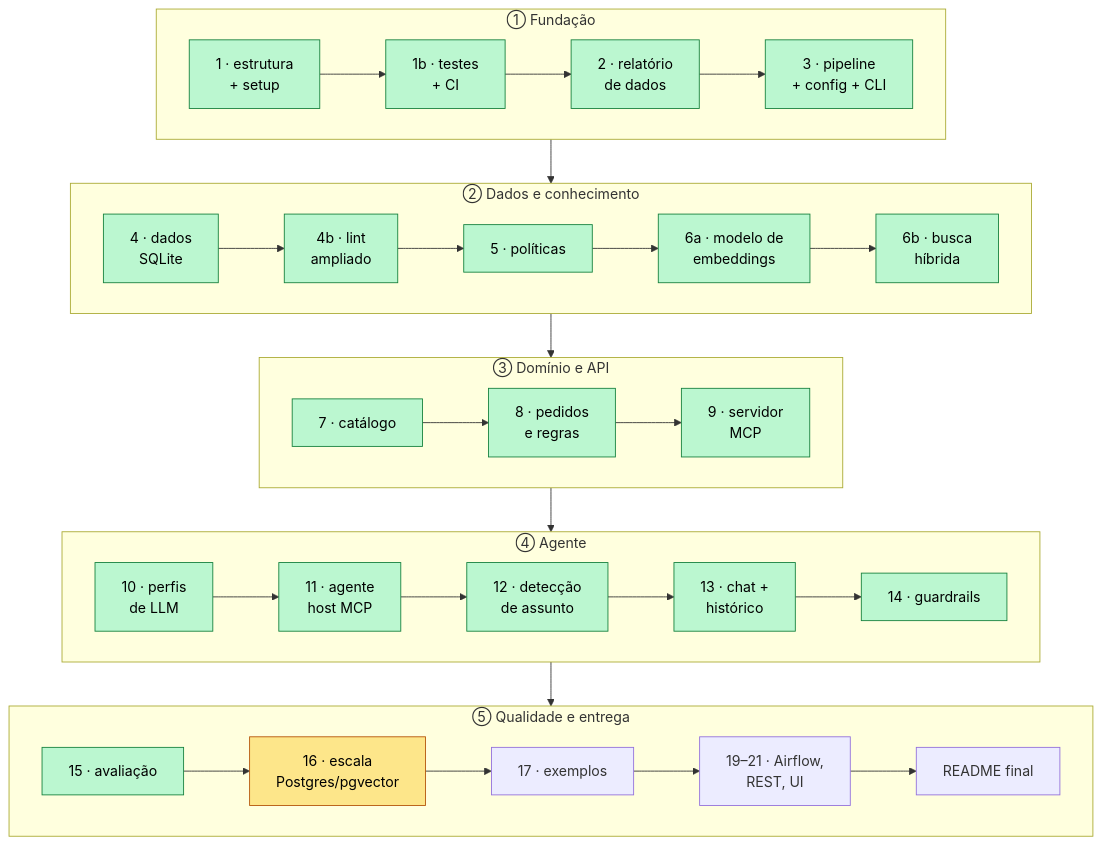
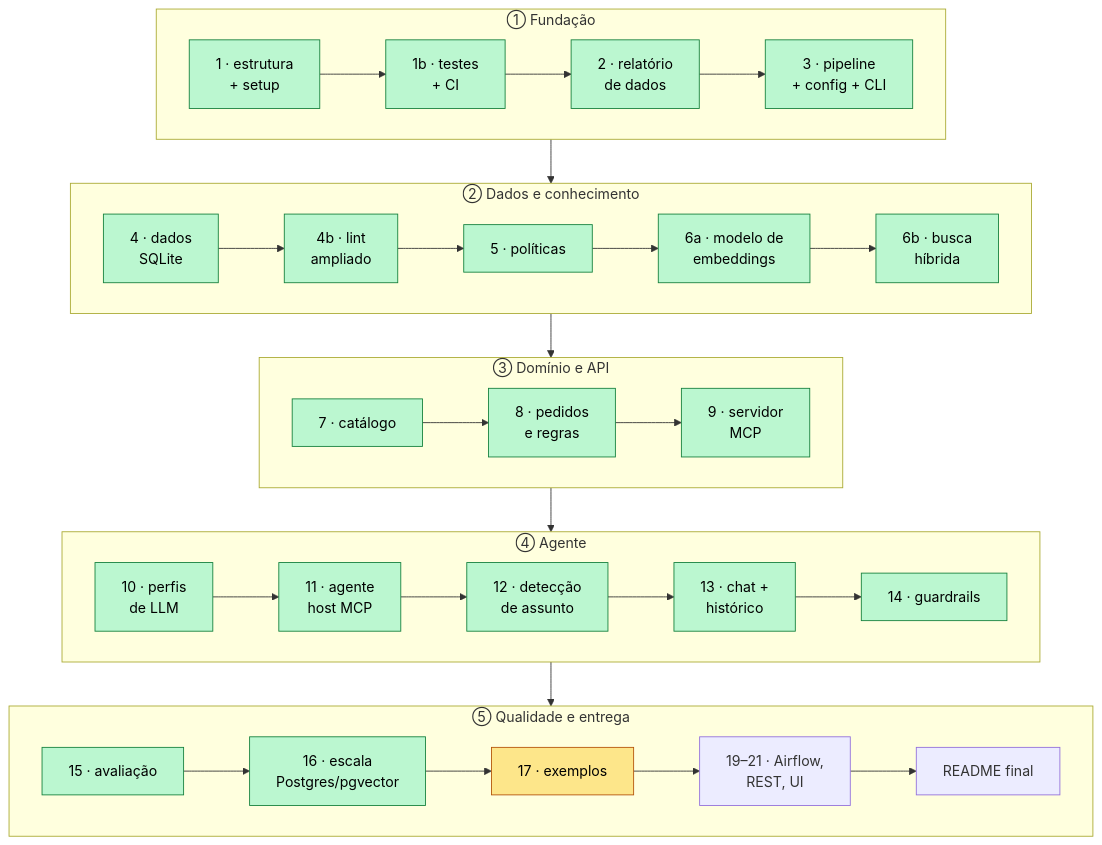
Before and after one commit to RonildoSilva/ai-engineer-challenge: diagram 21 of 21 in README.md, drawn with Mermaid. The commit also changed other lines of this file and 23 other files, not shown here.

First line of the commit message:
feat(scale): adaptadores Postgres/pgvector, compose e testes de contrato no CI

````diff
--- a/README.md
+++ b/README.md
@@ -938,26 +997,26 @@
 ```mermaid
 flowchart TD
     subgraph F1["① Fundação"]
         direction LR
         C1["1 · estrutura<br/>+ setup"]:::done --> C1b["1b · testes<br/>+ CI"]:::done --> C2["2 · relatório<br/>de dados"]:::done --> C3["3 · pipeline<br/>+ config + CLI"]:::done
     end
     subgraph F2["② Dados e conhecimento"]
         direction LR
         C4["4 · dados<br/>SQLite"]:::done --> C4b["4b · lint<br/>ampliado"]:::done --> C5["5 · políticas"]:::done --> C6a["6a · modelo de<br/>embeddings"]:::done --> C6b["6b · busca<br/>híbrida"]:::done
     end
     subgraph F3["③ Domínio e API"]
         direction LR
         C7["7 · catálogo"]:::done --> C8["8 · pedidos<br/>e regras"]:::done --> C9["9 · servidor<br/>MCP"]:::done
     end
     subgraph F4["④ Agente"]
         direction LR
         C10["10 · perfis<br/>de LLM"]:::done --> C11["11 · agente<br/>host MCP"]:::done --> C12["12 · detecção<br/>de assunto"]:::done --> C13["13 · chat +<br/>histórico"]:::done --> C14["14 · guardrails"]:::done
     end
     subgraph F5["⑤ Qualidade e entrega"]
         direction LR
-        C15["15 · avaliação"]:::done --> C16["16 · escala<br/>Postgres/pgvector"]:::next --> C17["17 · exemplos"] --> CX["19–21 · Airflow,<br/>REST, UI"] --> C18["README final"]
+        C15["15 · avaliação"]:::done --> C16["16 · escala<br/>Postgres/pgvector"]:::done --> C17["17 · exemplos"]:::next --> CX["19–21 · Airflow,<br/>REST, UI"] --> C18["README final"]
     end
     F1 --> F2 --> F3 --> F4 --> F5
     classDef next fill:#fde68a,stroke:#b45309,color:#000
     classDef done fill:#bbf7d0,stroke:#15803d,color:#000
 ```
````
